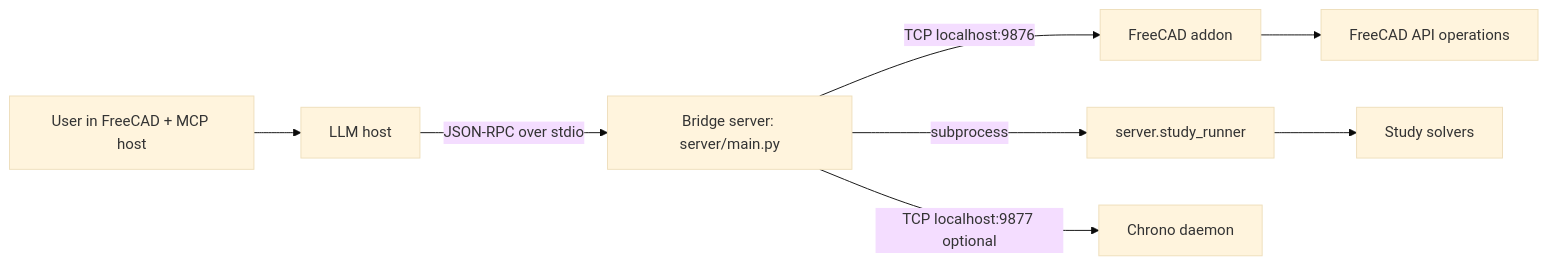
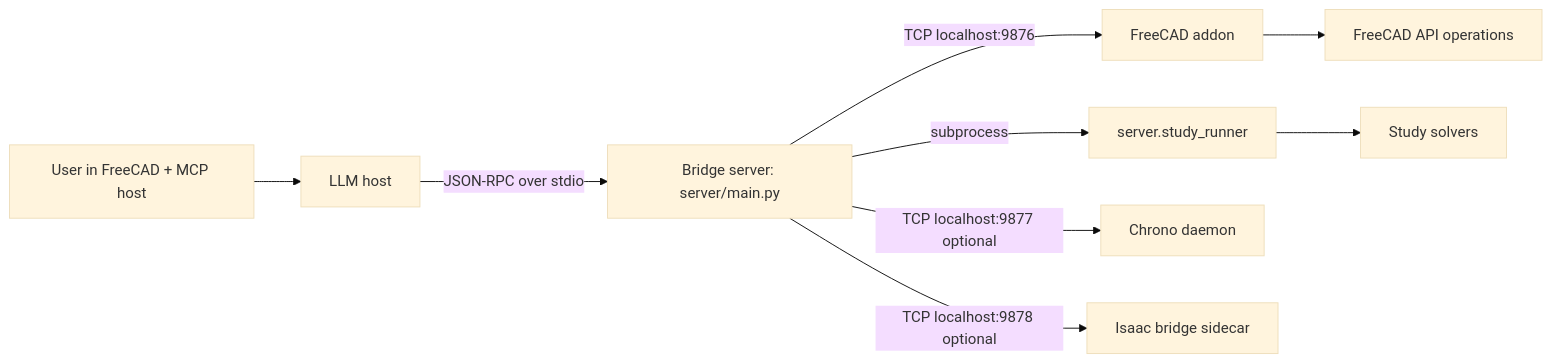
One commit to John-Cusack/solidmind-cad changed the diagram in README.md. Above: the diagram before and after it, drawn with Mermaid (base theme). The commit also changed other lines of this file and 18 other files, not shown here.

````diff
--- a/README.md
+++ b/README.md
@@ -37,12 +37,13 @@
 ```mermaid
 flowchart LR
     U[User in FreeCAD + MCP host] --> H[LLM host]
     H -->|JSON-RPC over stdio| S[Bridge server: server/main.py]
     S -->|TCP localhost:9876| F[FreeCAD addon]
     F --> G[FreeCAD API operations]
 
     S -->|subprocess| R[server.study_runner]
     R --> V[Study solvers]
 
     S -->|TCP localhost:9877 optional| C[Chrono daemon]
+    S -->|TCP localhost:9878 optional| I[Isaac bridge sidecar]
 ```
````
